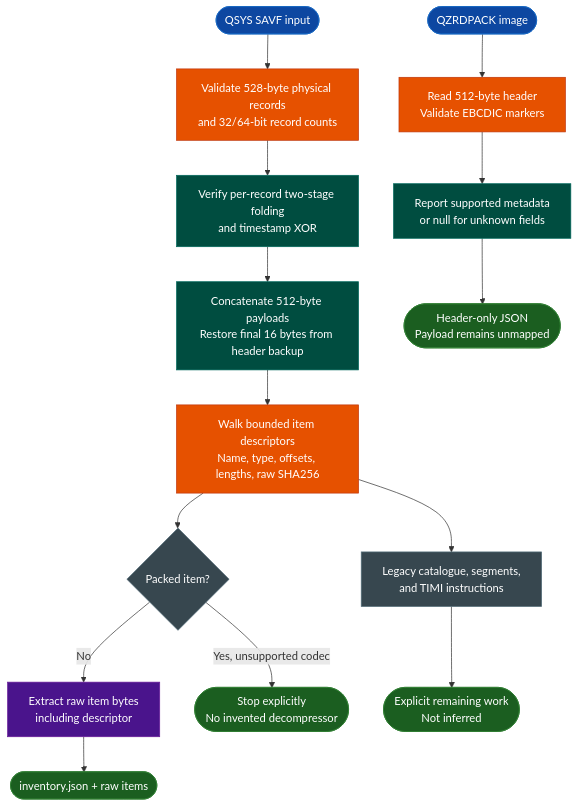
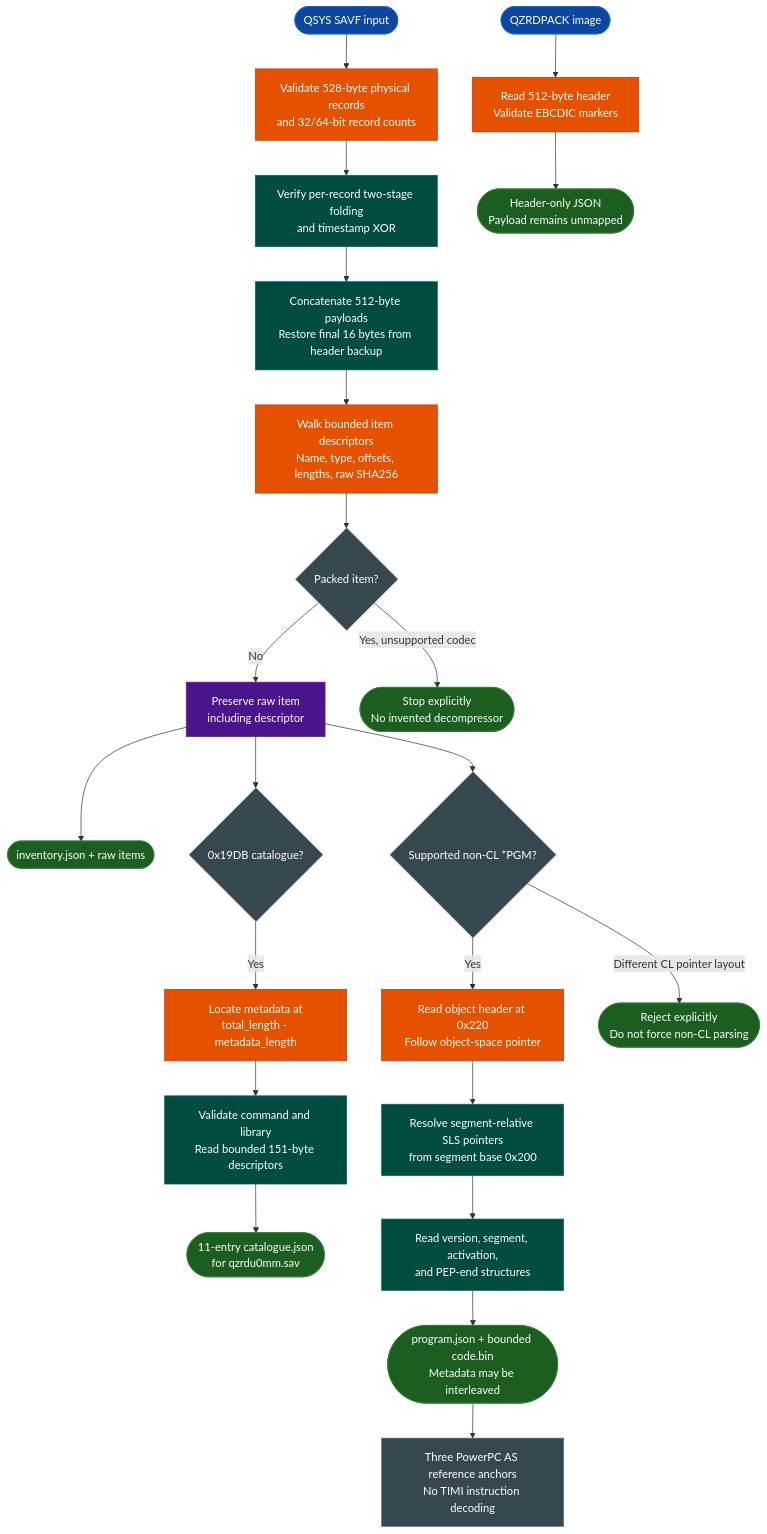
Before and after one commit to Ablation-Tool/ablation: the diagram in docs/reference-modules/ibm-timi.md, drawn with Mermaid. The commit also changed other lines of this file and 6 other files, not shown here.

Commit message:
feat(ibm_timi): recover legacy catalogue and program headers

````diff
--- a/docs/reference-modules/ibm-timi.md
+++ b/docs/reference-modules/ibm-timi.md
@@ -23,22 +23,30 @@
 ```mermaid
 flowchart TD
     A(["QSYS SAVF input"]):::input --> B["Validate 528-byte physical records\nand 32/64-bit record counts"]:::primary
     B --> C["Verify per-record two-stage folding\nand timestamp XOR"]:::secondary
     C --> D["Concatenate 512-byte payloads\nRestore final 16 bytes from header backup"]:::secondary
     D --> E["Walk bounded item descriptors\nName, type, offsets, lengths, raw SHA256"]:::primary
     E --> F{"Packed item?"}:::neutral
-    F -->|"No"| G["Extract raw item bytes\nincluding descriptor"]:::tertiary
+    F -->|"No"| G["Preserve raw item\nincluding descriptor"]:::tertiary
     F -->|"Yes, unsupported codec"| H(["Stop explicitly\nNo invented decompressor"]):::output
     G --> I(["inventory.json + raw items"]):::output
-    J(["QZRDPACK image"]):::input --> K["Read 512-byte header\nValidate EBCDIC markers"]:::primary
-    K --> L["Report supported metadata\nor null for unknown fields"]:::secondary
-    L --> M(["Header-only JSON\nPayload remains unmapped"]):::output
-    E --> N["Legacy catalogue, segments,\nand TIMI instructions"]:::neutral
-    N --> O(["Explicit remaining work\nNot inferred"]):::output
+    G --> J{"0x19DB catalogue?"}:::neutral
+    J -->|"Yes"| K["Locate metadata at\ntotal_length - metadata_length"]:::primary
+    K --> L["Validate command and library\nRead bounded 151-byte descriptors"]:::secondary
+    L --> M(["11-entry catalogue.json\nfor qzrdu0mm.sav"]):::output
+    G --> N{"Supported non-CL *PGM?"}:::neutral
+    N -->|"Yes"| O["Read object header at 0x220\nFollow object-space pointer"]:::primary
+    O --> P["Resolve segment-relative SLS pointers\nfrom segment base 0x200"]:::secondary
+    P --> Q["Read version, segment, activation,\nand PEP-end structures"]:::secondary
+    Q --> R(["program.json + bounded code.bin\nMetadata may be interleaved"]):::output
+    N -->|"Different CL pointer layout"| S(["Reject explicitly\nDo not force non-CL parsing"]):::output
+    R --> T["Three PowerPC AS reference anchors\nNo TIMI instruction decoding"]:::neutral
+    U(["QZRDPACK image"]):::input --> V["Read 512-byte header\nValidate EBCDIC markers"]:::primary
+    V --> W(["Header-only JSON\nPayload remains unmapped"]):::output
     classDef input fill:#0d47a1,stroke:#1565c0,color:#fff
     classDef primary fill:#e65100,stroke:#bf360c,color:#fff
     classDef secondary fill:#004d40,stroke:#00695c,color:#fff
     classDef tertiary fill:#4a148c,stroke:#6a1b9a,color:#fff
     classDef neutral fill:#37474f,stroke:#546e7a,color:#fff
     classDef output fill:#1b5e20,stroke:#2e7d32,color:#fff
 ```
````
